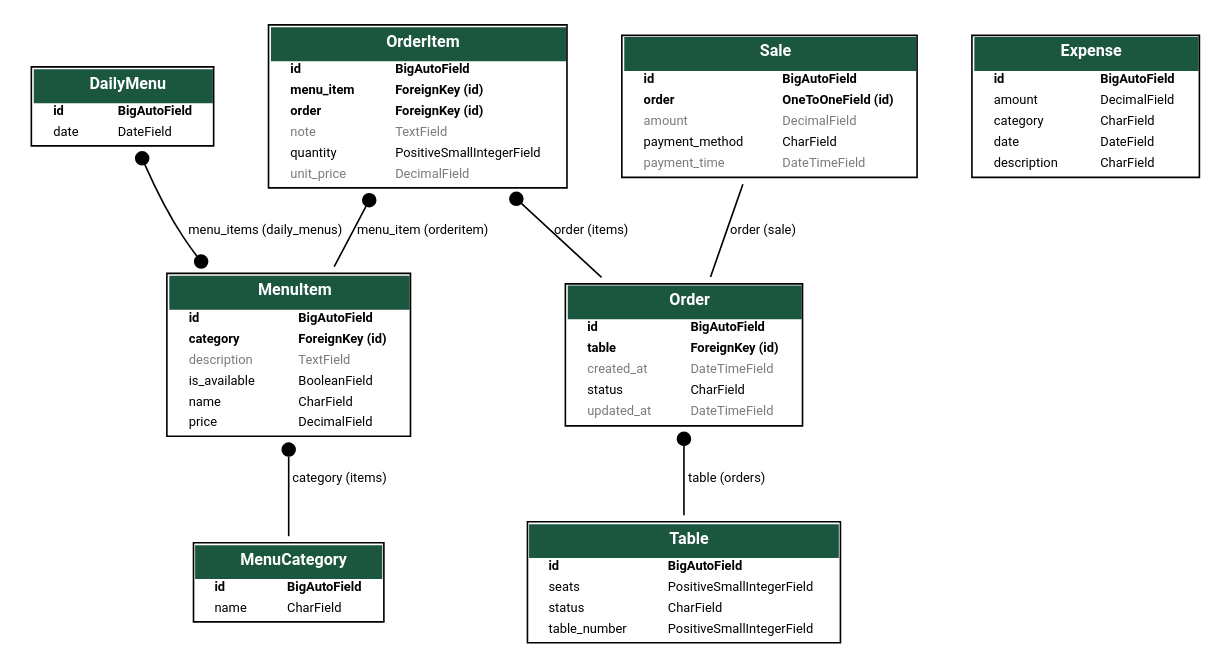
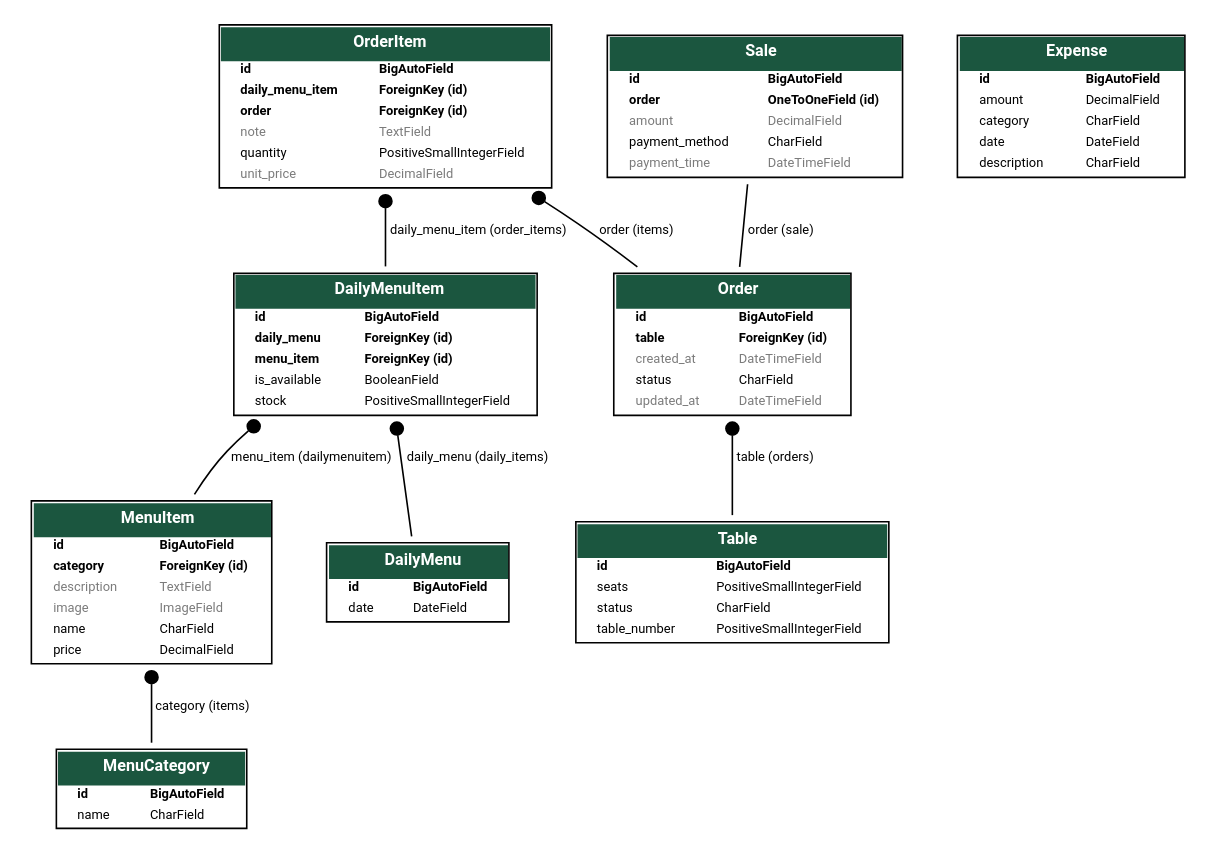
The diagram in models.dot (iBrokeTheCode/restaurant-system), drawn with Graphviz before and after one commit. The commit also changed 2 other files, not shown here.

Commit message:
chore: Update ER Diagram

```diff
--- a/models.dot
+++ b/models.dot
@@ -1,6 +1,6 @@
 digraph model_graph {
   // Dotfile by Django-Extensions graph_models
-  // Created: 2025-04-27 17:18
+  // Created: 2025-04-29 08:48
   // Cli Options: menu orders tables sales expenses
 
   fontname = "Roboto"
@@ -82,9 +82,9 @@
   
   
     <TR><TD ALIGN="LEFT" BORDER="0">
-    <FONT FACE="Roboto">is_available</FONT>
+    <FONT COLOR="#7B7B7B" FACE="Roboto">image</FONT>
     </TD><TD ALIGN="LEFT">
-    <FONT FACE="Roboto">BooleanField</FONT>
+    <FONT COLOR="#7B7B7B" FACE="Roboto">ImageField</FONT>
     </TD></TR>
   
   
@@ -127,6 +127,56 @@
     <FONT FACE="Roboto">date</FONT>
     </TD><TD ALIGN="LEFT">
     <FONT FACE="Roboto">DateField</FONT>
+    </TD></TR>
+  
+  
+    </TABLE>
+    >]
+
+  menu_models_DailyMenuItem [label=<
+    <TABLE BGCOLOR="white" BORDER="1" CELLBORDER="0" CELLSPACING="0">
+    <TR><TD COLSPAN="2" CELLPADDING="5" ALIGN="CENTER" BGCOLOR="#1b563f">
+    <FONT FACE="Roboto" COLOR="white" POINT-SIZE="10"><B>
+    DailyMenuItem
+    </B></FONT></TD></TR>
+  
+  
+    <TR><TD ALIGN="LEFT" BORDER="0">
+    <FONT FACE="Roboto"><B>id</B></FONT>
+    </TD><TD ALIGN="LEFT">
+    <FONT FACE="Roboto"><B>BigAutoField</B></FONT>
+    </TD></TR>
+  
+  
+  
+    <TR><TD ALIGN="LEFT" BORDER="0">
+    <FONT FACE="Roboto"><B>daily_menu</B></FONT>
+    </TD><TD ALIGN="LEFT">
+    <FONT FACE="Roboto"><B>ForeignKey (id)</B></FONT>
+    </TD></TR>
+  
+  
+  
+    <TR><TD ALIGN="LEFT" BORDER="0">
+    <FONT FACE="Roboto"><B>menu_item</B></FONT>
+    </TD><TD ALIGN="LEFT">
+    <FONT FACE="Roboto"><B>ForeignKey (id)</B></FONT>
+    </TD></TR>
+  
+  
+  
+    <TR><TD ALIGN="LEFT" BORDER="0">
+    <FONT FACE="Roboto">is_available</FONT>
+    </TD><TD ALIGN="LEFT">
+    <FONT FACE="Roboto">BooleanField</FONT>
+    </TD></TR>
+  
+  
+  
+    <TR><TD ALIGN="LEFT" BORDER="0">
+    <FONT FACE="Roboto">stock</FONT>
+    </TD><TD ALIGN="LEFT">
+    <FONT FACE="Roboto">PositiveSmallIntegerField</FONT>
     </TD></TR>
   
   
@@ -203,7 +253,7 @@
   
   
     <TR><TD ALIGN="LEFT" BORDER="0">
-    <FONT FACE="Roboto"><B>menu_item</B></FONT>
+    <FONT FACE="Roboto"><B>daily_menu_item</B></FONT>
     </TD><TD ALIGN="LEFT">
     <FONT FACE="Roboto"><B>ForeignKey (id)</B></FONT>
     </TD></TR>
@@ -403,8 +453,11 @@
   menu_models_MenuItem -> menu_models_MenuCategory
   [label=" category (items)"] [arrowhead=none, arrowtail=dot, dir=both];
 
-  menu_models_DailyMenu -> menu_models_MenuItem
-  [label=" menu_items (daily_menus)"] [arrowhead=dot arrowtail=dot, dir=both];
+  menu_models_DailyMenuItem -> menu_models_DailyMenu
+  [label=" daily_menu (daily_items)"] [arrowhead=none, arrowtail=dot, dir=both];
+
+  menu_models_DailyMenuItem -> menu_models_MenuItem
+  [label=" menu_item (dailymenuitem)"] [arrowhead=none, arrowtail=dot, dir=both];
 
 
   orders_models_Order -> tables_models_Table
@@ -413,8 +466,8 @@
   orders_models_OrderItem -> orders_models_Order
   [label=" order (items)"] [arrowhead=none, arrowtail=dot, dir=both];
 
-  orders_models_OrderItem -> menu_models_MenuItem
-  [label=" menu_item (orderitem)"] [arrowhead=none, arrowtail=dot, dir=both];
+  orders_models_OrderItem -> menu_models_DailyMenuItem
+  [label=" daily_menu_item (order_items)"] [arrowhead=none, arrowtail=dot, dir=both];
 
 
 
```
